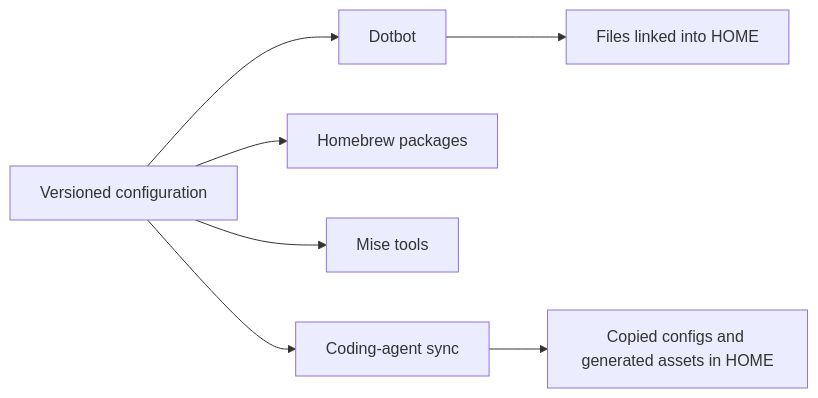
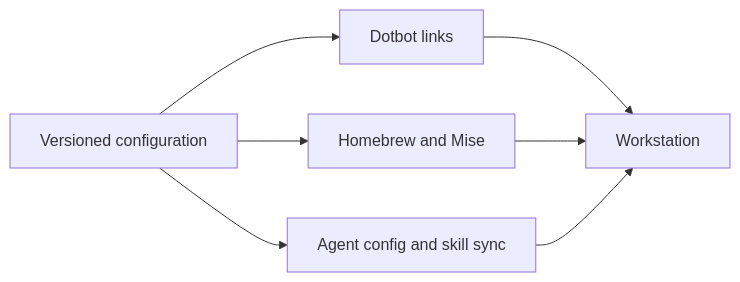
Before and after one commit to waldoibarra/dotfiles: the diagram in README.md, drawn with Mermaid. The commit also changed other lines of this file and 7 other files, not shown here.

````diff
--- a/README.md
+++ b/README.md
@@ -27,9 +19,9 @@
 ```mermaid
 flowchart LR
-    Repo[Versioned configuration] --> Dotbot[Dotbot]
-    Dotbot --> Home[Files linked into HOME]
-    Repo --> Brew[Homebrew packages]
-    Repo --> Mise[Mise tools]
-    Repo --> Agents[Coding-agent sync]
-    Agents --> Local[Copied configs and generated assets in HOME]
+    Repo[Versioned configuration] --> Dotbot[Dotbot links]
+    Repo --> Tools[Homebrew and Mise]
+    Repo --> Agents[Agent config and skill sync]
+    Dotbot --> Home[Workstation]
+    Tools --> Home
+    Agents --> Home
 ```
````
